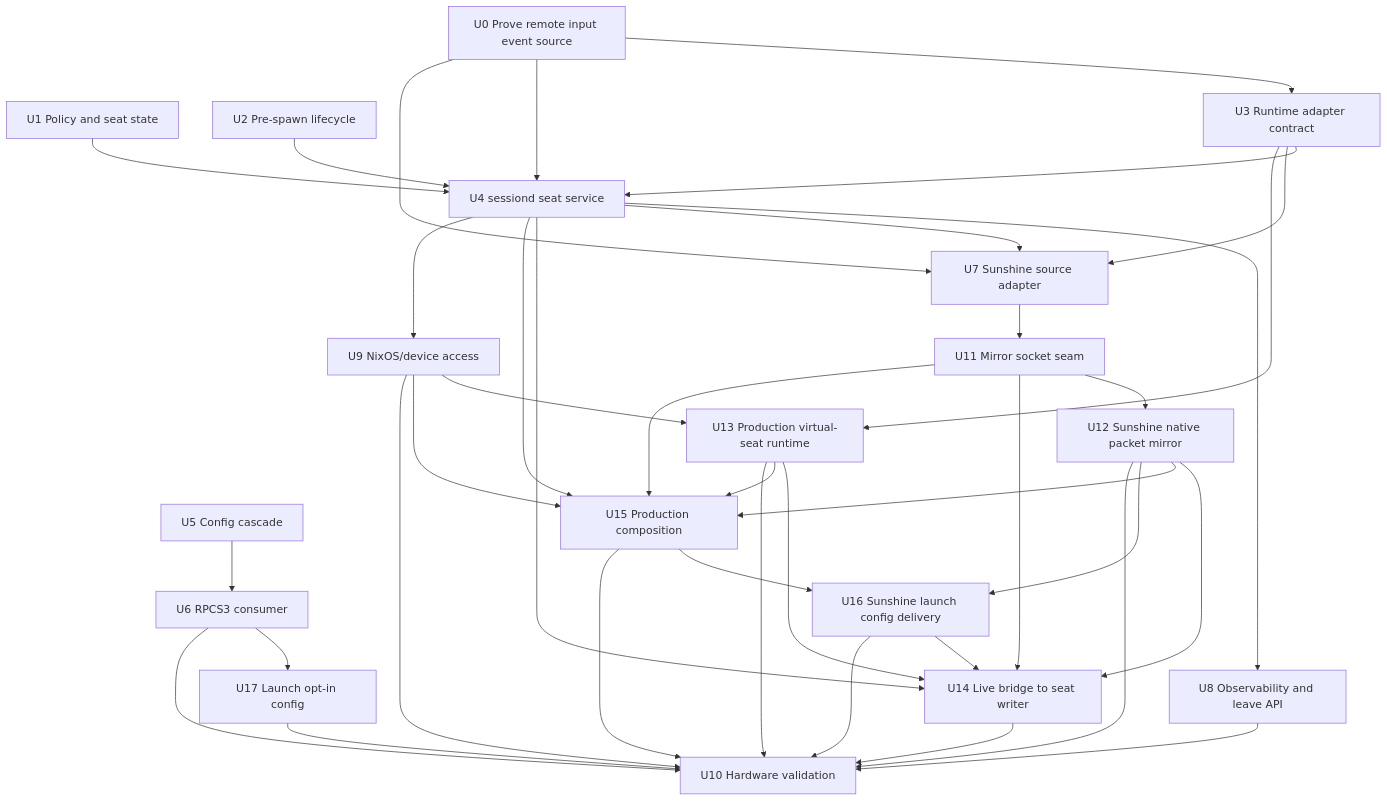
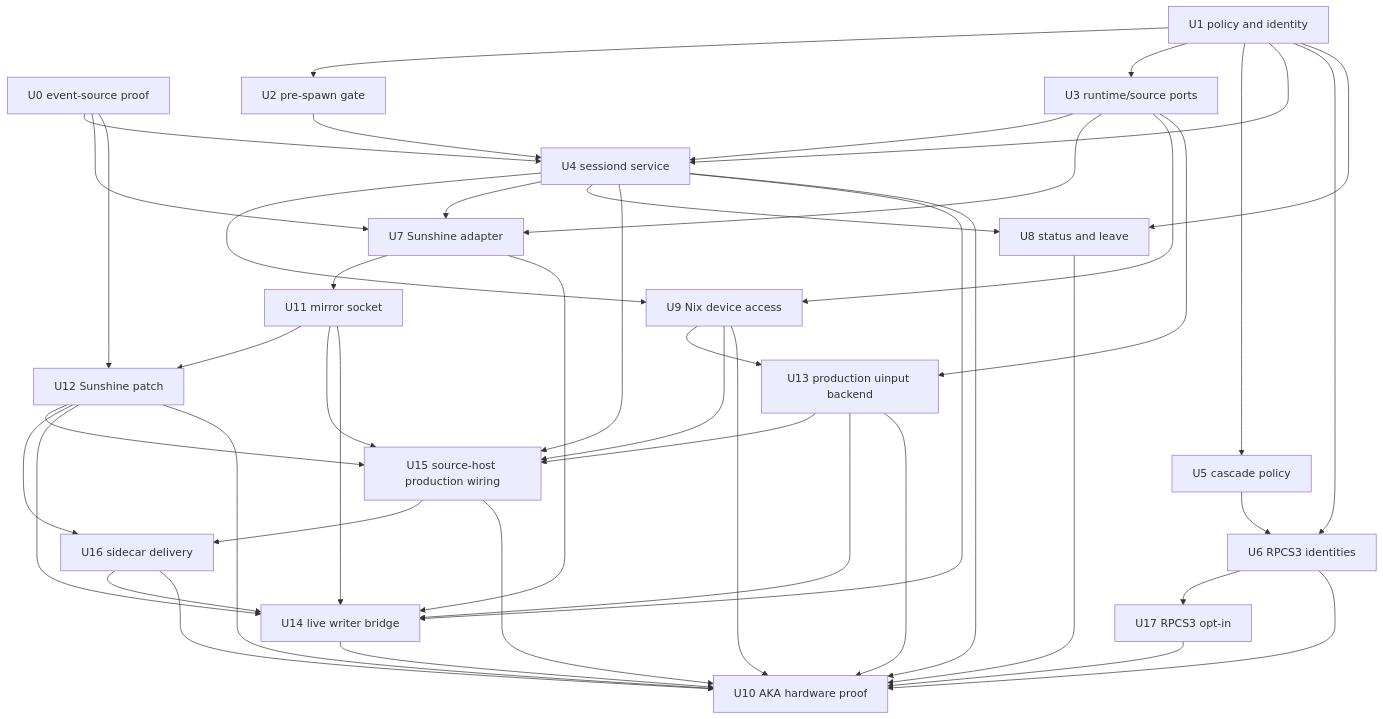
The third of 4 diagrams in work/items/active/01KWTZ3DDBRFV3GAJFFDRR7Z57-sessiond-remote-input-seats/plan.md (simonwjackson/korri), drawn with Mermaid before and after one commit. The commit also changed other lines of this file, not shown here.

Commit message:
docs(input-seat): clarify source-host backend plan

````diff
--- a/work/items/active/01KWTZ3DDBRFV3GAJFFDRR7Z57-sessiond-remote-input-seats/plan.md
+++ b/work/items/active/01KWTZ3DDBRFV3GAJFFDRR7Z57-sessiond-remote-input-seats/plan.md
@@ -204,59 +214,48 @@
 ```mermaid
 flowchart TB
-    U0[U0 Prove remote input event source]
-    U1[U1 Policy and seat state]
-    U2[U2 Pre-spawn lifecycle]
-    U3[U3 Runtime adapter contract]
-    U4[U4 sessiond seat service]
-    U5[U5 Config cascade]
-    U6[U6 RPCS3 consumer]
-    U7[U7 Sunshine source adapter]
-    U8[U8 Observability and leave API]
-    U9[U9 NixOS/device access]
-    U11[U11 Mirror socket seam]
-    U12[U12 Sunshine native packet mirror]
-    U13[U13 Production virtual-seat runtime]
-    U14[U14 Live bridge to seat writer]
-    U15[U15 Production composition]
-    U16[U16 Sunshine launch config delivery]
-    U17[U17 Launch opt-in config]
-    U10[U10 Hardware validation]
-
-    U0 --> U3
-    U0 --> U4
-    U0 --> U7
+    U0[U0 event-source proof] --> U4[U4 sessiond service]
+    U0 --> U7[U7 Sunshine adapter]
+    U1[U1 policy and identity] --> U2[U2 pre-spawn gate]
+    U1 --> U3[U3 runtime/source ports]
+    U1 --> U5[U5 cascade policy]
     U1 --> U4
     U2 --> U4
     U3 --> U4
+    U3 --> U7
+    U3 --> U9[U9 Nix device access]
+    U4 --> U9
+    U1 --> U6[U6 RPCS3 identities]
     U5 --> U6
+    U4 --> U7
+    U1 --> U8[U8 status and leave]
     U4 --> U8
-    U3 --> U7
-    U4 --> U7
-    U7 --> U11
+    U7 --> U11[U11 mirror socket]
+    U0 --> U12[U12 Sunshine patch]
     U11 --> U12
-    U3 --> U13
+    U3 --> U13[U13 production uinput backend]
     U9 --> U13
+    U4 --> U15[U15 source-host production wiring]
+    U9 --> U15
+    U11 --> U15
+    U12 --> U15
+    U13 --> U15
+    U12 --> U16[U16 sidecar delivery]
+    U15 --> U16
+    U4 --> U14[U14 live writer bridge]
+    U7 --> U14
     U11 --> U14
     U12 --> U14
     U13 --> U14
     U16 --> U14
-    U4 --> U14
-    U4 --> U15
-    U9 --> U15
-    U11 --> U15
-    U12 --> U15
-    U13 --> U15
-    U12 --> U16
-    U15 --> U16
-    U6 --> U17
-    U4 --> U9
+    U6 --> U17[U17 RPCS3 opt-in]
+    U4 --> U10[U10 AKA hardware proof]
     U6 --> U10
     U8 --> U10
     U9 --> U10
     U12 --> U10
     U13 --> U10
     U14 --> U10
     U15 --> U10
     U16 --> U10
     U17 --> U10
 ```
````
